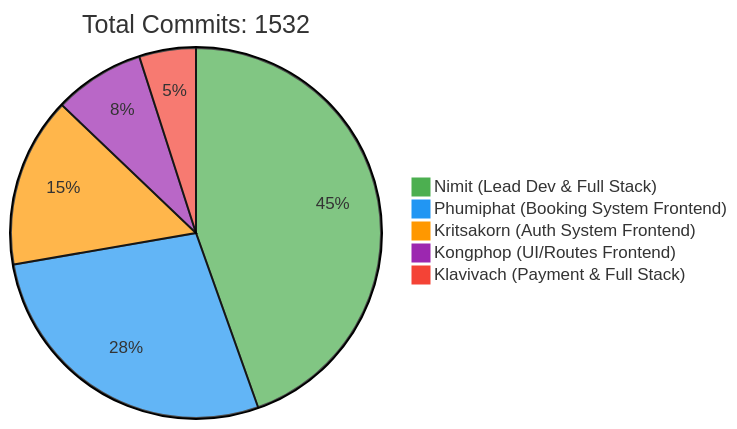
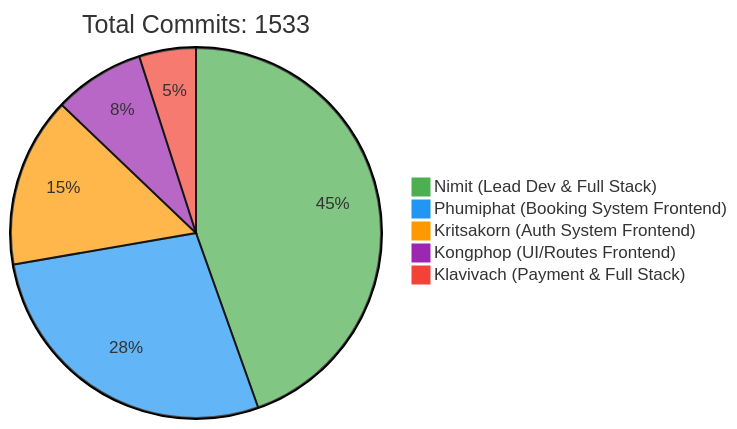
One commit to 6531503042/Sport-Complex changed the first of 2 diagrams in README.md. Above: the diagram before and after it, drawn with Mermaid. The commit also changed other lines of this file, not shown here.

Commit message:
docs: Update contributor statistics [skip ci]

````diff
--- a/README.md
+++ b/README.md
@@ -257,10 +257,10 @@
 ```mermaid
 %%{init: {'theme': 'base', 'themeVariables': { 'pie1': '#4CAF50', 'pie2': '#2196F3', 'pie3': '#FF9800', 'pie4': '#9C27B0', 'pie5': '#F44336'}}}%%
 pie
-    title Total Commits: 1532
+    title Total Commits: 1533
     "Nimit (Lead Dev & Full Stack)" : 450
     "Phumiphat (Booking System Frontend)" : 280
     "Kritsakorn (Auth System Frontend)" : 150
     "Kongphop (UI/Routes Frontend)" : 80
     "Klavivach (Payment & Full Stack)" : 50
 ```
````
